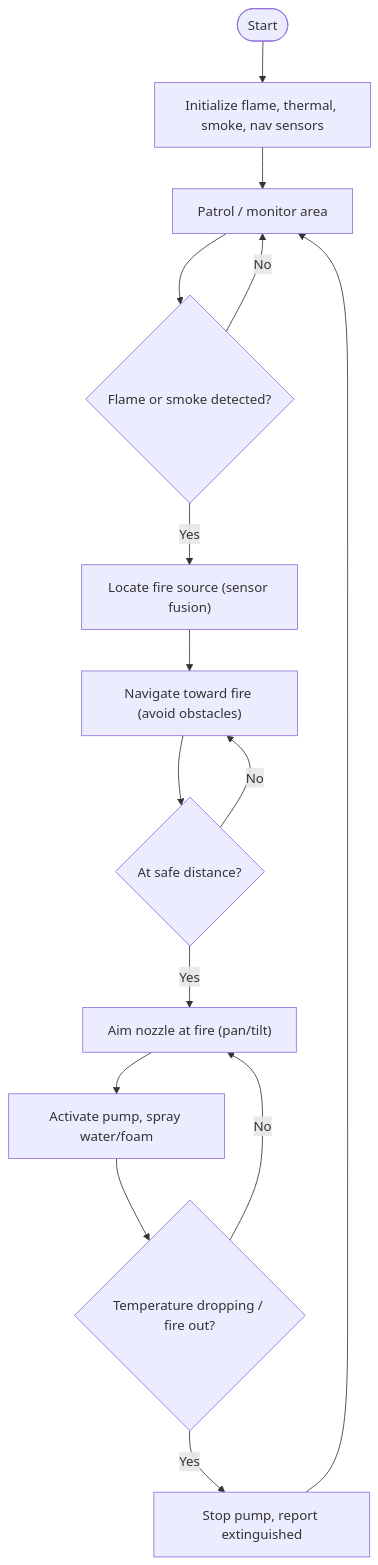
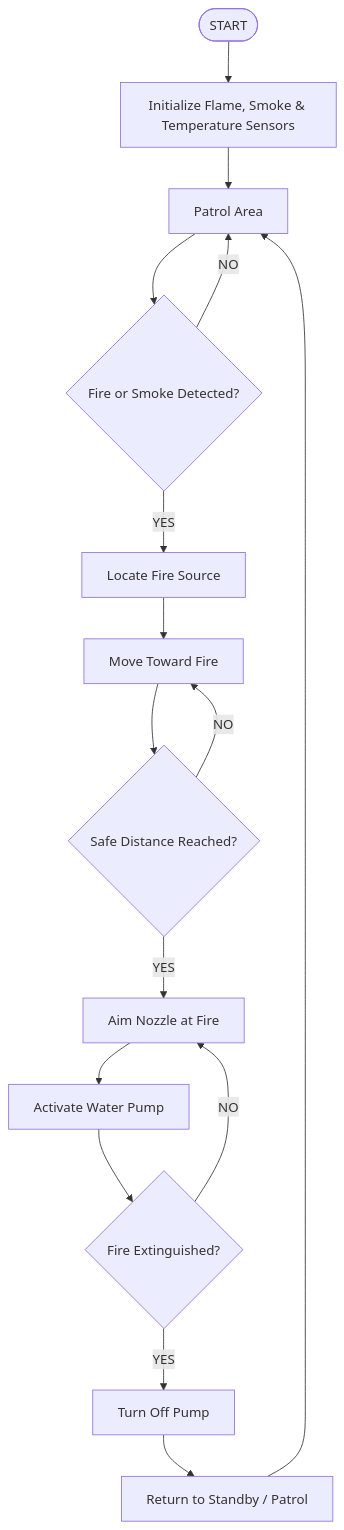
One commit to noushad999/robotics changed the fifth of 5 diagrams in README.md. Above: the diagram before and after it, drawn with Mermaid. The commit also changed other lines of this file, not shown here.

````diff
--- a/README.md
+++ b/README.md
@@ -764,17 +396,18 @@
 ```mermaid
 flowchart TD
-    A([Start]) --> B["Initialize flame, thermal, smoke, nav sensors"]
-    B --> C["Patrol / monitor area"]
-    C --> D{"Flame or smoke detected?"}
-    D -->|No| C
-    D -->|Yes| E["Locate fire source (sensor fusion)"]
-    E --> F["Navigate toward fire (avoid obstacles)"]
-    F --> G{"At safe distance?"}
-    G -->|No| F
-    G -->|Yes| H["Aim nozzle at fire (pan/tilt)"]
-    H --> I["Activate pump, spray water/foam"]
-    I --> J{"Temperature dropping / fire out?"}
-    J -->|No| H
-    J -->|Yes| K["Stop pump, report extinguished"]
-    K --> C
+    A([START]) --> B[Initialize Flame, Smoke & Temperature Sensors]
+    B --> C[Patrol Area]
+    C --> D{Fire or Smoke Detected?}
+    D -->|NO| C
+    D -->|YES| E[Locate Fire Source]
+    E --> F[Move Toward Fire]
+    F --> G{Safe Distance Reached?}
+    G -->|NO| F
+    G -->|YES| H[Aim Nozzle at Fire]
+    H --> I[Activate Water Pump]
+    I --> J{Fire Extinguished?}
+    J -->|NO| H
+    J -->|YES| K[Turn Off Pump]
+    K --> L[Return to Standby / Patrol]
+    L --> C
 ```
````
